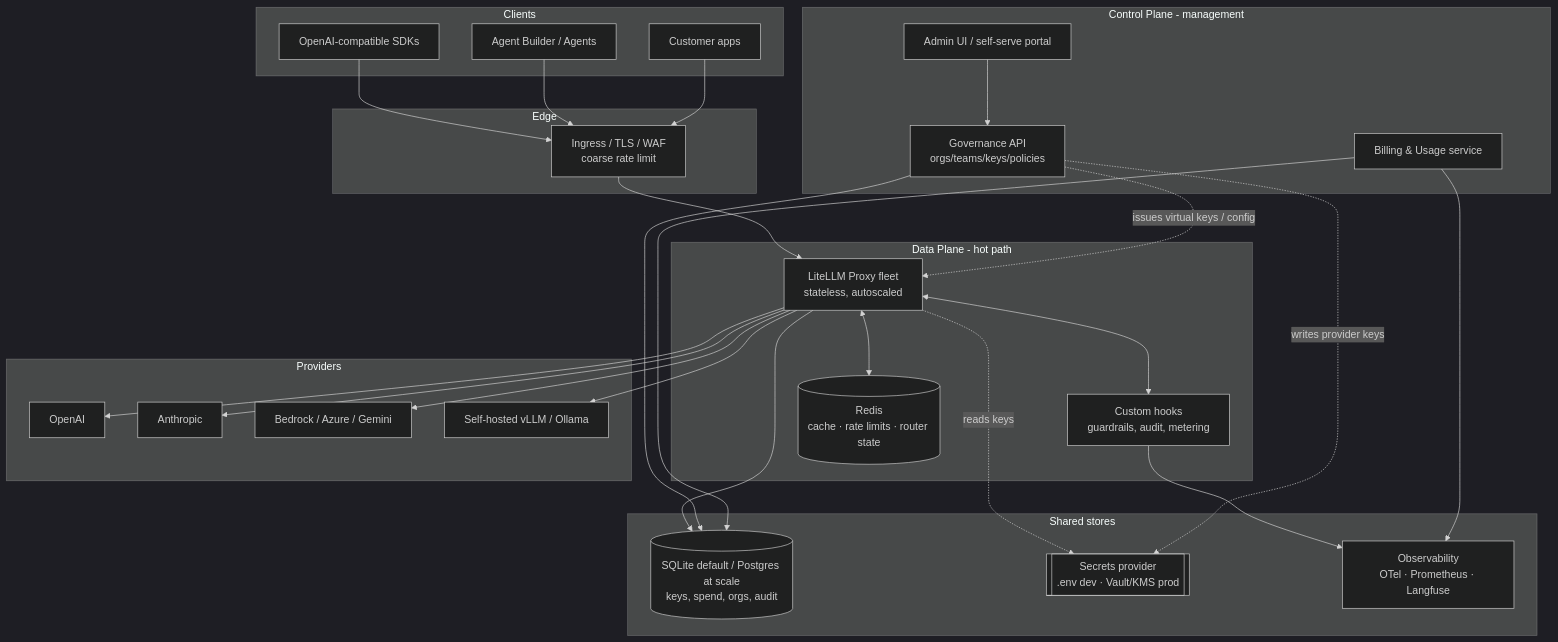
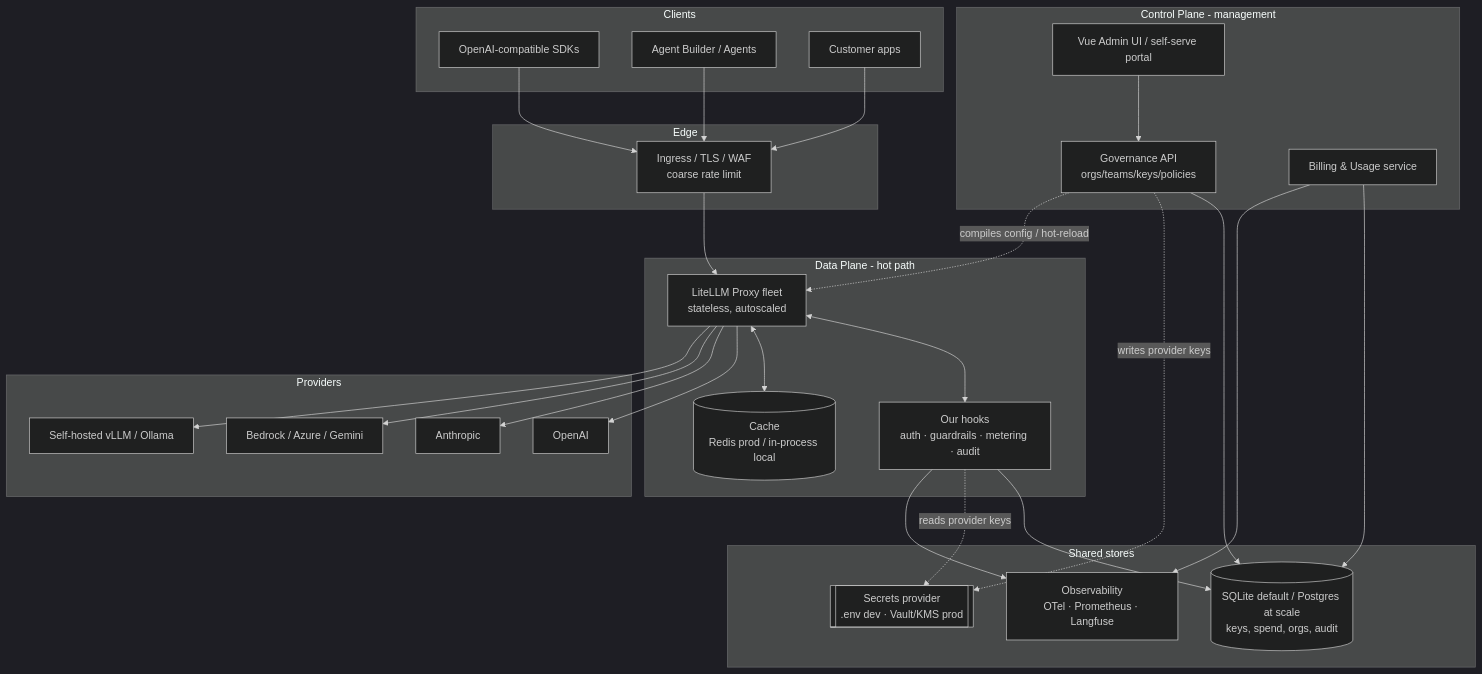
The first of 7 diagrams in doc/ai-gateway/system-design.md (yennanliu/ai-gateway), drawn with Mermaid (dark theme) before and after one commit. The commit also changed other lines of this file and 2 other files, not shown here.

````diff
--- a/doc/ai-gateway/system-design.md
+++ b/doc/ai-gateway/system-design.md
@@ -49,52 +49,52 @@
 ```mermaid
 flowchart TB
     subgraph Clients
         SDK[OpenAI-compatible SDKs]
         AB[Agent Builder / Agents]
         APP[Customer apps]
     end
 
     subgraph Edge
         LB[Ingress / TLS / WAF<br/>coarse rate limit]
     end
 
     subgraph DataPlane[Data Plane - hot path]
         PROXY[LiteLLM Proxy fleet<br/>stateless, autoscaled]
-        HOOKS[Custom hooks<br/>guardrails, audit, metering]
-        REDIS[(Redis<br/>cache · rate limits · router state)]
+        HOOKS[Our hooks<br/>auth · guardrails · metering · audit]
+        REDIS[(Cache<br/>Redis prod / in-process local)]
     end
 
     subgraph ControlPlane[Control Plane - management]
         ADMINAPI[Governance API<br/>orgs/teams/keys/policies]
         BILLING[Billing & Usage service]
-        UI[Admin UI / self-serve portal]
+        UI[Vue Admin UI / self-serve portal]
     end
 
     subgraph Providers
         OAI[OpenAI]
         ANT[Anthropic]
         BR[Bedrock / Azure / Gemini]
         SELF[Self-hosted vLLM / Ollama]
     end
 
     subgraph Shared[Shared stores]
         PG[(SQLite default / Postgres at scale<br/>keys, spend, orgs, audit)]
         SECRETS[[Secrets provider<br/>.env dev · Vault/KMS prod]]
         OBS[Observability<br/>OTel · Prometheus · Langfuse]
     end
 
     SDK & AB & APP --> LB --> PROXY
     PROXY <--> HOOKS
     PROXY <--> REDIS
     PROXY --> OAI & ANT & BR & SELF
-    PROXY --> PG
-    PROXY -. reads keys .-> SECRETS
+    HOOKS --> PG
+    HOOKS -. reads provider keys .-> SECRETS
     HOOKS --> OBS
 
     UI --> ADMINAPI
     ADMINAPI --> PG
     ADMINAPI -. writes provider keys .-> SECRETS
-    ADMINAPI -. issues virtual keys / config .-> PROXY
+    ADMINAPI -. compiles config / hot-reload .-> PROXY
     BILLING --> PG
     BILLING --> OBS
 ```
````
